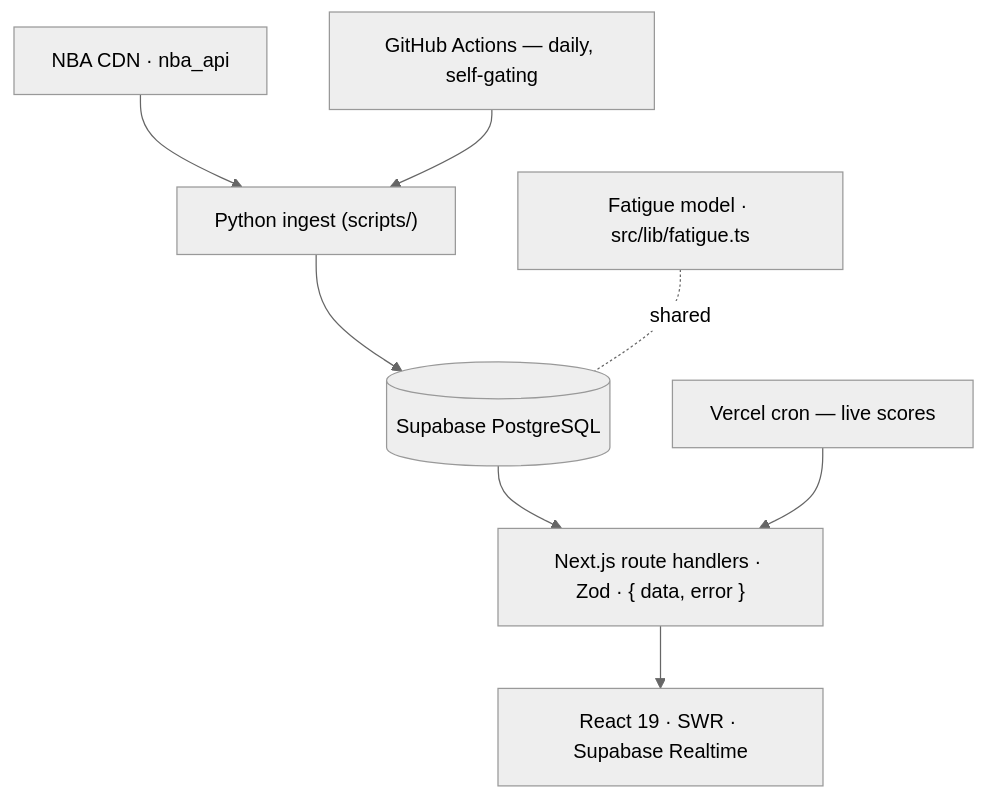
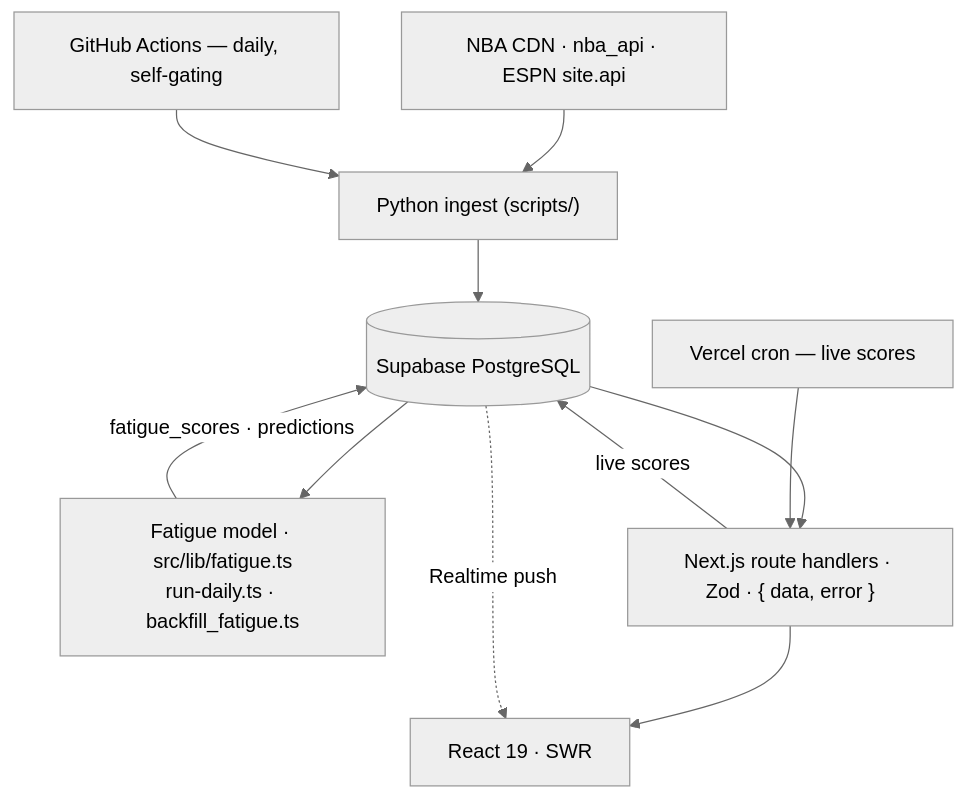
One commit to mhju0/fullcourt changed the diagram in README.md. Above: the diagram before and after it, drawn with Mermaid (neutral theme). The commit also changed other lines of this file, not shown here.

Commit message:
Correct the README architecture diagram and its fatigue-model claims
The diagram drew the fatigue model as 'shared' with the database and the prose
claimed it was shared by every pipeline writer and every API read. It has exactly
two production callers, both writers: src/lib/daily-refresh.ts and
scripts/backfill_fatigue.ts. No API route imports src/lib/fatigue.ts; reads serve
stored fatigue_scores rows. Redraw the model as a read-compute-write step and
state the honest, stronger property: no read-path copy of the math exists to drift.

Also add three edges the diagram omitted: ESPN site.api as an ingest source, the
Vercel cron's live-score write back to the database, and the Supabase Realtime
push, which reaches the browser directly rather than through the route handlers.

````diff
--- a/README.md
+++ b/README.md
@@ -146,10 +146,13 @@
 ```mermaid
 flowchart TD
-    src["NBA CDN · nba_api"] --> ingest["Python ingest (scripts/)"]
+    src["NBA CDN · nba_api · ESPN site.api"] --> ingest["Python ingest (scripts/)"]
     ingest --> db[("Supabase PostgreSQL")]
-    model["Fatigue model · src/lib/fatigue.ts"] -. shared .- db
+    db --> model["Fatigue model · src/lib/fatigue.ts<br/>run-daily.ts · backfill_fatigue.ts"]
+    model -->|"fatigue_scores · predictions"| db
     db --> api["Next.js route handlers · Zod · { data, error }"]
-    api --> ui["React 19 · SWR · Supabase Realtime"]
+    api -->|"live scores"| db
+    api --> ui["React 19 · SWR"]
+    db -.->|"Realtime push"| ui
     cron["GitHub Actions — daily, self-gating"] --> ingest
     vercel["Vercel cron — live scores"] --> api
 ```
````
